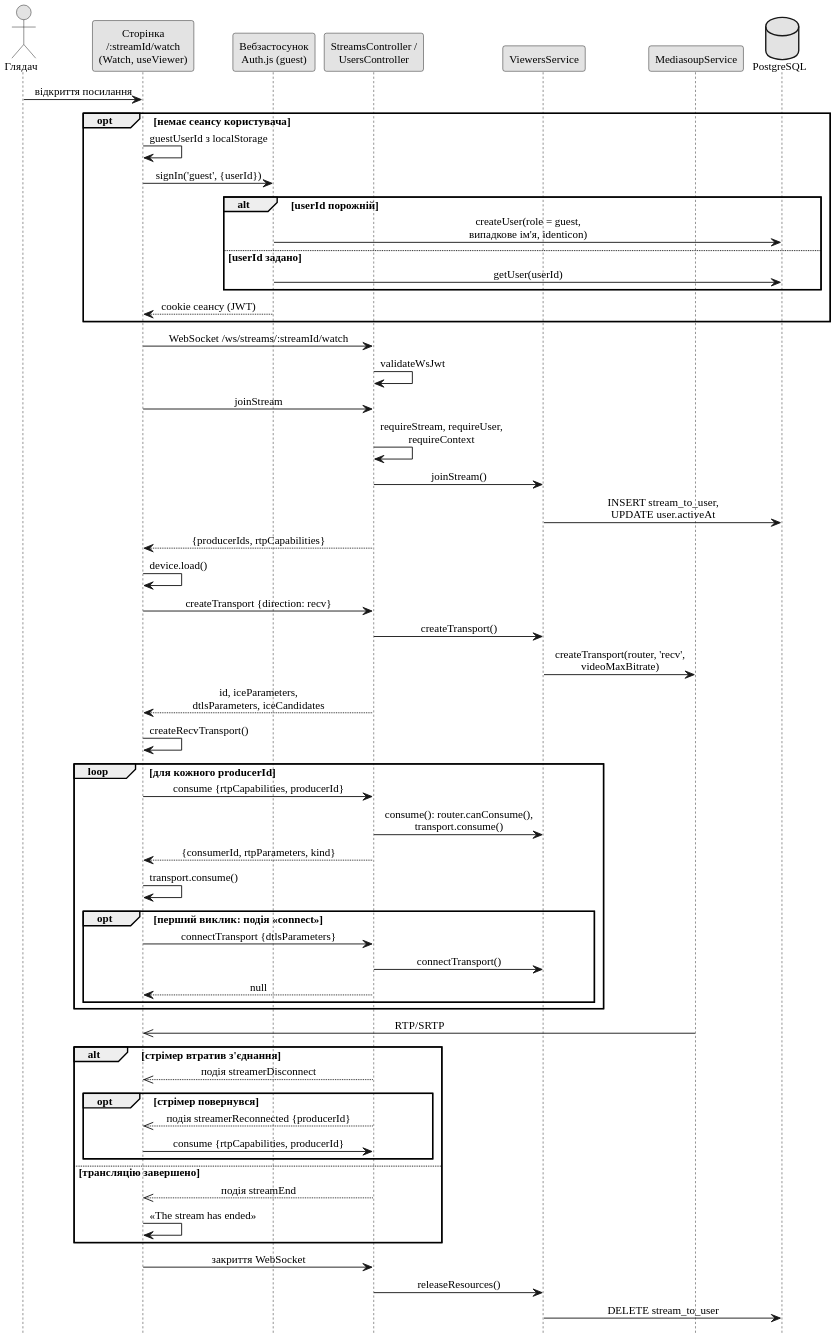
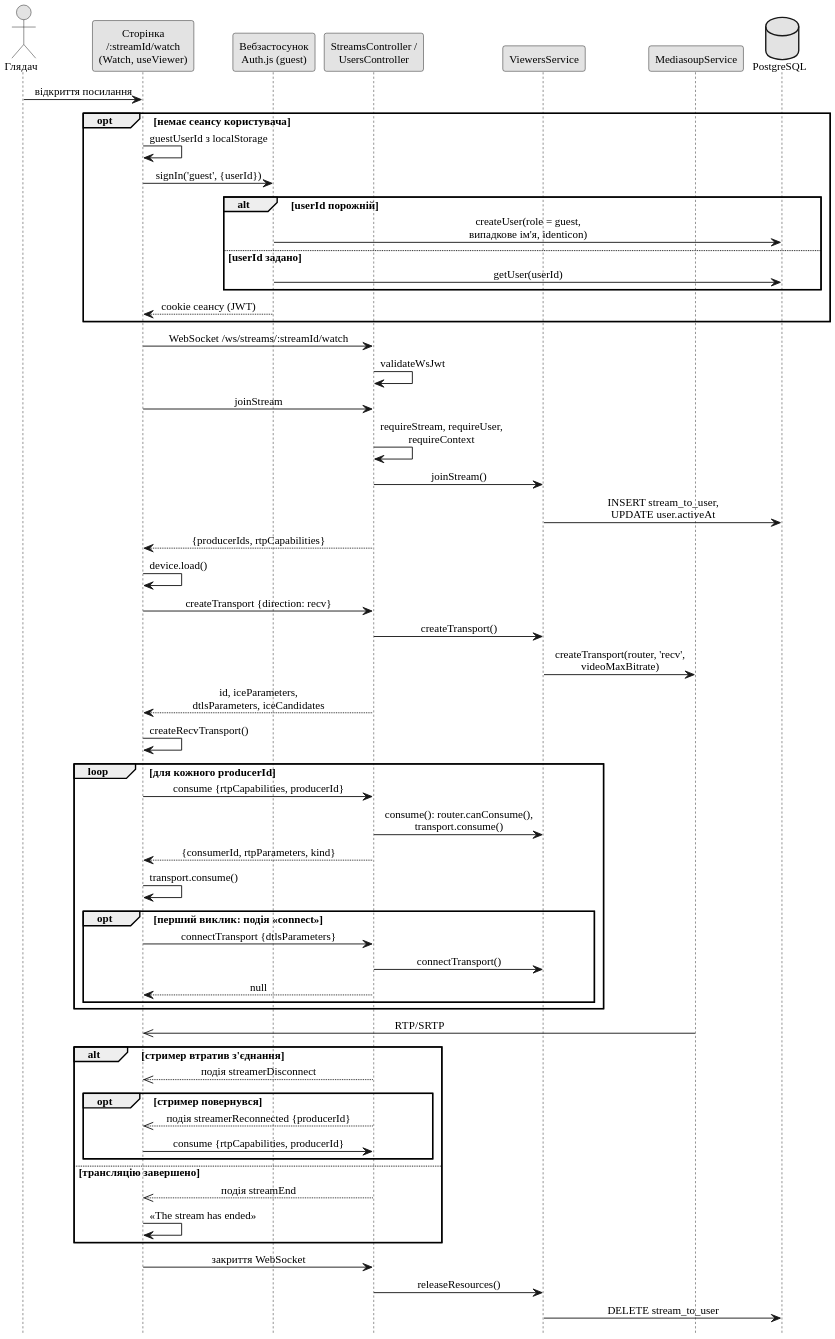
The diagram in thesis/diagrams/fig-seq-watch.puml (Nikitos1926/stream-share), drawn with PlantUML before and after one commit. The commit also changed 37 other files, not shown here.

```diff
--- a/thesis/diagrams/fig-seq-watch.puml
+++ b/thesis/diagrams/fig-seq-watch.puml
@@ -1,73 +1,73 @@
 @startuml
 !pragma layout smetana
 skinparam defaultFontName "Liberation Serif"
 skinparam dpi 200
 skinparam shadowing false
 skinparam monochrome true
 skinparam defaultFontSize 12
 skinparam sequenceMessageAlign center
 hide footbox
 
 actor "Глядач" as U
 participant "Сторінка\n/:streamId/watch\n(Watch, useViewer)" as P
 participant "Вебзастосунок\nAuth.js (guest)" as A
 participant "StreamsController /\nUsersController" as C
 participant "ViewersService" as VS
 participant "MediasoupService" as MS
 database "PostgreSQL" as DB
 
 U -> P : відкриття посилання
 opt немає сеансу користувача
   P -> P : guestUserId з localStorage
   P -> A : signIn('guest', {userId})
   alt userId порожній
     A -> DB : createUser(role = guest,\nвипадкове ім'я, identicon)
   else userId задано
     A -> DB : getUser(userId)
   end
   A --> P : cookie сеансу (JWT)
 end
 
 P -> C : WebSocket /ws/streams/:streamId/watch
 C -> C : validateWsJwt
 P -> C : joinStream
 C -> C : requireStream, requireUser,\nrequireContext
 C -> VS : joinStream()
 VS -> DB : INSERT stream_to_user,\nUPDATE user.activeAt
 C --> P : {producerIds, rtpCapabilities}
 P -> P : device.load()
 
 P -> C : createTransport {direction: recv}
 C -> VS : createTransport()
 VS -> MS : createTransport(router, 'recv',\nvideoMaxBitrate)
 C --> P : id, iceParameters,\ndtlsParameters, iceCandidates
 P -> P : createRecvTransport()
 
 loop для кожного producerId
   P -> C : consume {rtpCapabilities, producerId}
   C -> VS : consume(): router.canConsume(),\ntransport.consume()
   C --> P : {consumerId, rtpParameters, kind}
   P -> P : transport.consume()
   opt перший виклик: подія «connect»
     P -> C : connectTransport {dtlsParameters}
     C -> VS : connectTransport()
     C --> P : null
   end
 end
 MS ->> P : RTP/SRTP
 
-alt стрімер втратив з'єднання
+alt стример втратив з'єднання
   C -->> P : подія streamerDisconnect
-  opt стрімер повернувся
+  opt стример повернувся
     C -->> P : подія streamerReconnected {producerId}
     P -> C : consume {rtpCapabilities, producerId}
   end
 else трансляцію завершено
   C -->> P : подія streamEnd
   P -> P : «The stream has ended»
 end
 
 P -> C : закриття WebSocket
 C -> VS : releaseResources()
 VS -> DB : DELETE stream_to_user
 @enduml
```
